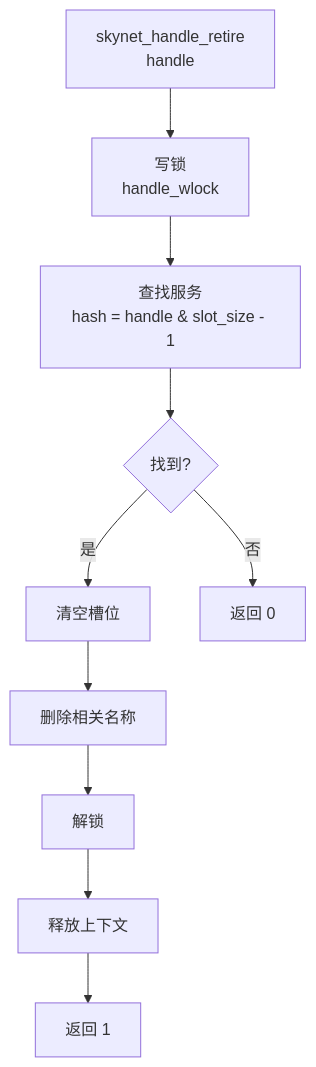
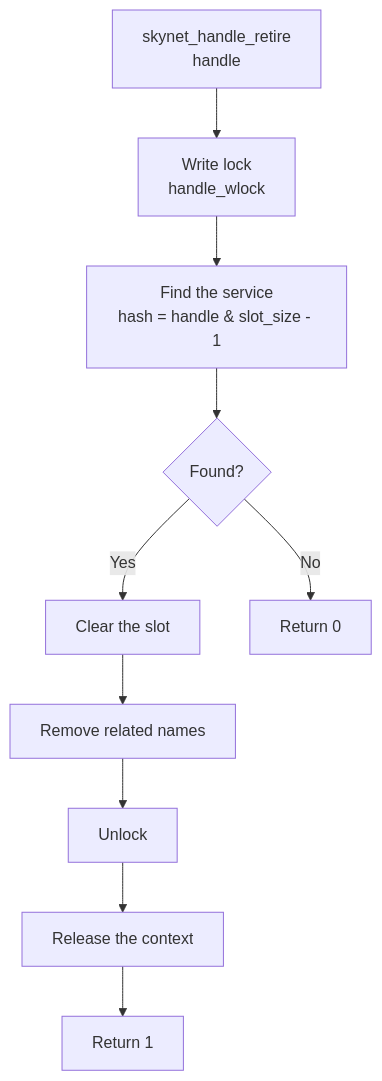
The fourth of 6 diagrams in docs/analysis/skynet-handle.md (cuihairu/skynet), drawn with Mermaid before and after one commit. The commit also changed other lines of this file and 86 other files, not shown here.

````diff
--- a/docs/analysis/skynet-handle.md
+++ b/docs/analysis/skynet-handle.md
@@ -295,12 +295,12 @@
 ```mermaid
 graph TD
-    A[skynet_handle_retire<br/>handle] --> B[写锁<br/>handle_wlock]
-    B --> C[查找服务<br/>hash = handle & slot_size - 1]
-    C --> D{找到?}
-    D -->|是| E[清空槽位]
-    D -->|否| F[返回 0]
-    E --> G[删除相关名称]
-    G --> H[解锁]
-    H --> I[释放上下文]
-    I --> J[返回 1]
+    A[skynet_handle_retire<br/>handle] --> B[Write lock<br/>handle_wlock]
+    B --> C[Find the service<br/>hash = handle & slot_size - 1]
+    C --> D{Found?}
+    D -->|Yes| E[Clear the slot]
+    D -->|No| F[Return 0]
+    E --> G[Remove related names]
+    G --> H[Unlock]
+    H --> I[Release the context]
+    I --> J[Return 1]
 ```
````
